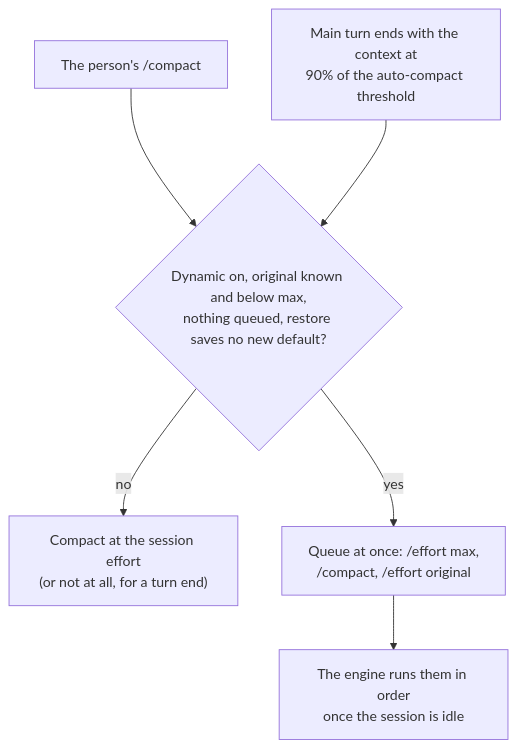
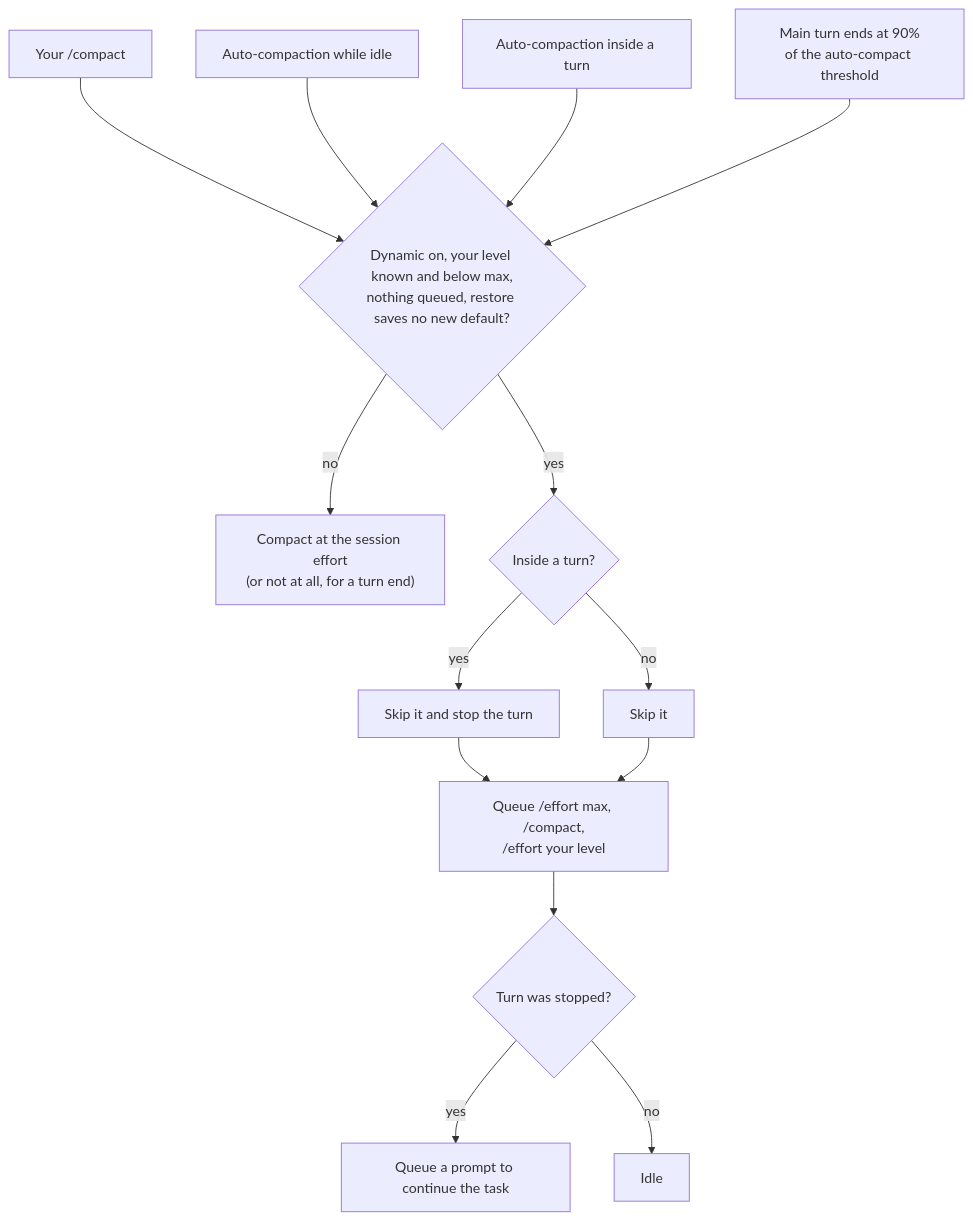
Before and after one commit to kkkaoru/dotfiles: the diagram in tools/claude-dynamic-effort/README.md, drawn with Mermaid. The commit also changed other lines of this file and 5 other files, not shown here.

First line of the commit message:
feat(claude-dynamic-effort)!: run only compaction at max effort

````diff
--- a/tools/claude-dynamic-effort/README.md
+++ b/tools/claude-dynamic-effort/README.md
@@ -138,8 +25,18 @@
 ```mermaid
 flowchart TD
-  manual["The person's /compact"] --> gate{"Dynamic on, original known and below max,<br/>nothing queued, restore saves no new default?"}
-  turnend["Main turn ends with the context at<br/>90% of the auto-compact threshold"] --> gate
+  manual["Your /compact"] --> gate
+  idle["Auto-compaction while idle"] --> gate
+  inturn["Auto-compaction inside a turn"] --> gate
+  turnend["Main turn ends at 90%<br/>of the auto-compact threshold"] --> gate
+  gate{"Dynamic on, your level known and below max,<br/>nothing queued, restore saves no new default?"}
   gate -- no --> plain["Compact at the session effort<br/>(or not at all, for a turn end)"]
-  gate -- yes --> queue["Queue at once: /effort max,<br/>/compact, /effort original"]
-  queue --> runs["The engine runs them in order<br/>once the session is idle"]
+  gate -- yes --> stop{"Inside a turn?"}
+  stop -- yes --> abort["Skip it and stop the turn"]
+  stop -- no --> skip["Skip it"]
+  abort --> queue
+  skip --> queue
+  queue["Queue /effort max, /compact,<br/>/effort your level"]
+  queue --> resume{"Turn was stopped?"}
+  resume -- yes --> prompt["Queue a prompt to continue the task"]
+  resume -- no --> done["Idle"]
 ```
````
